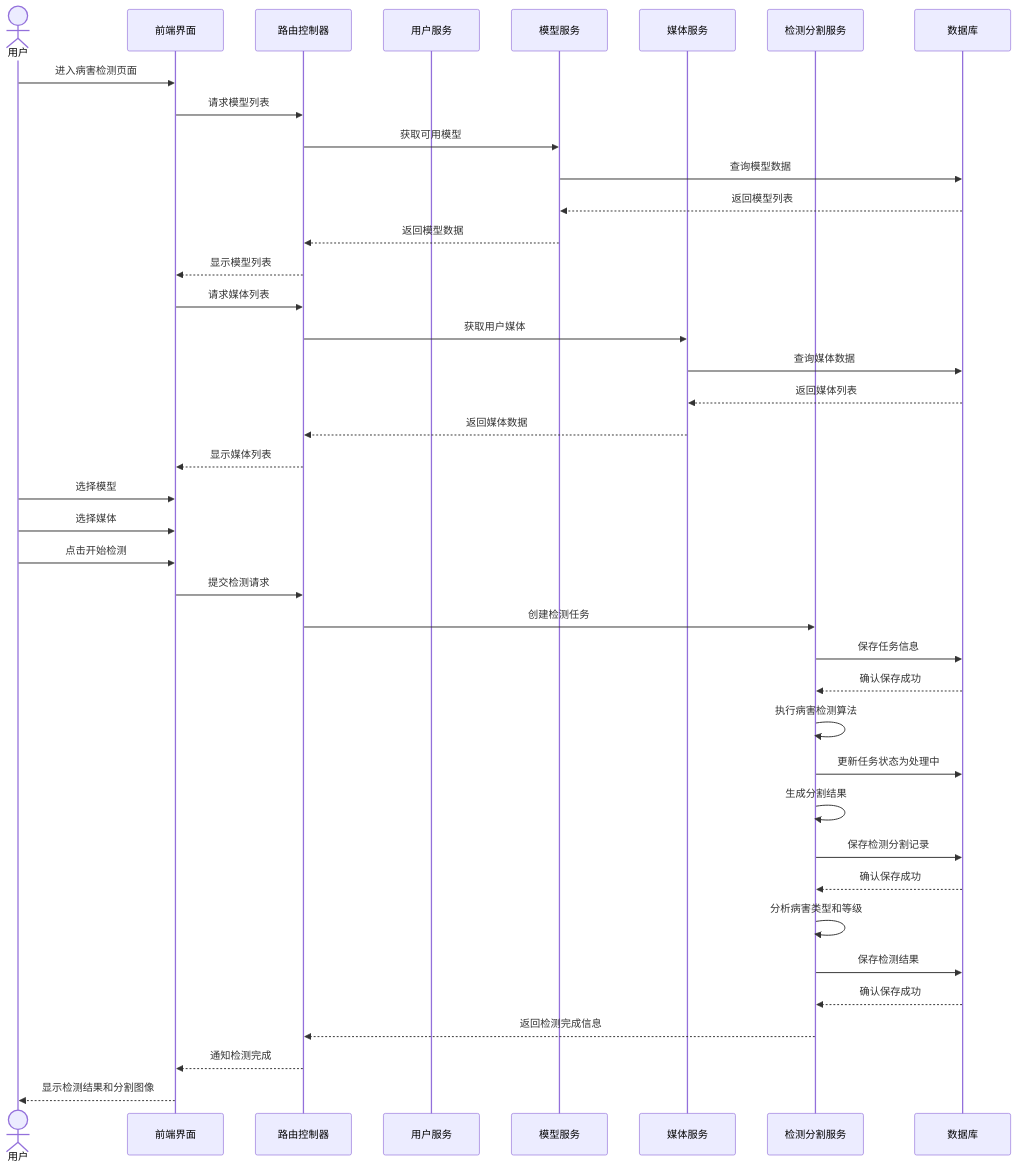
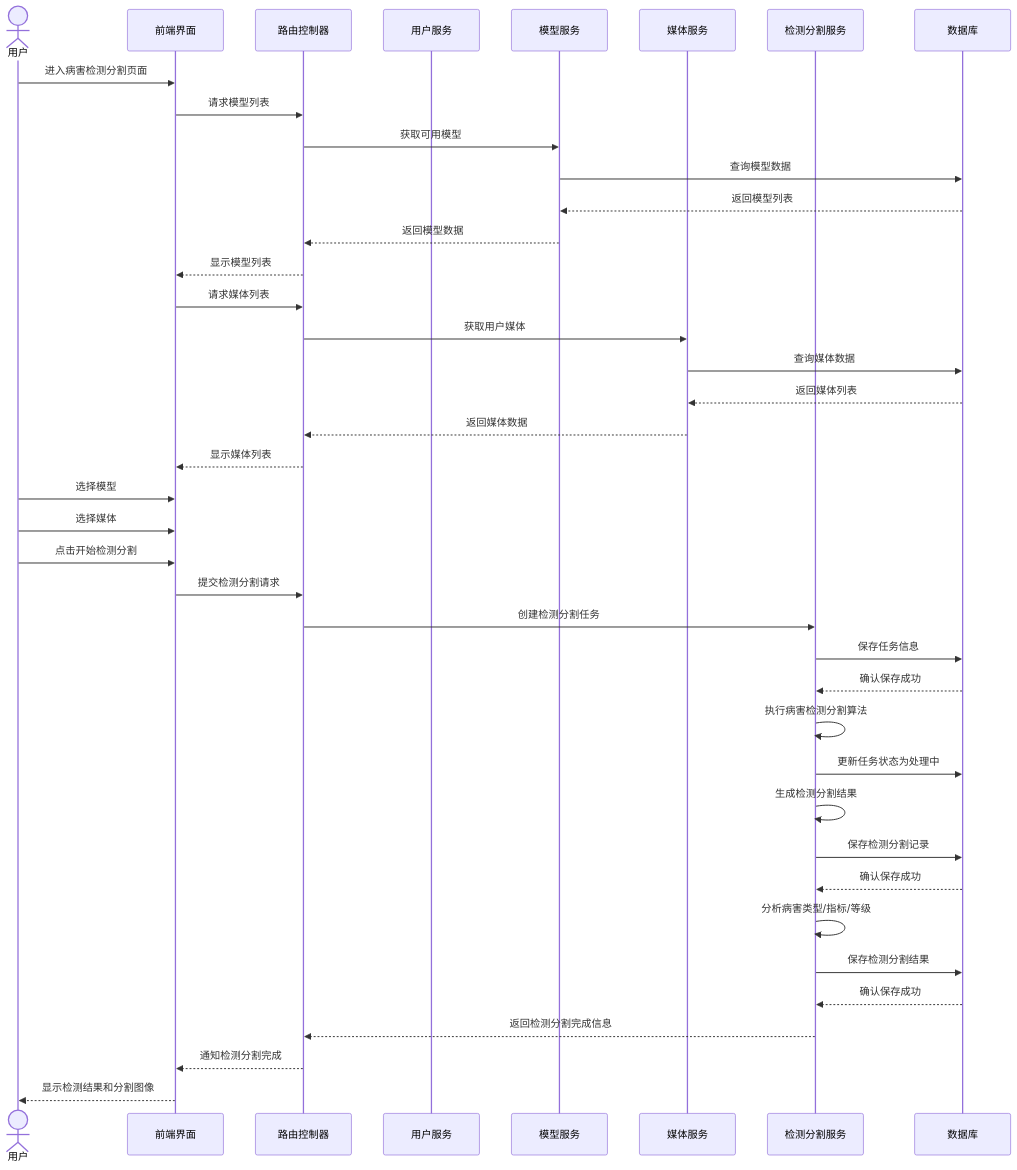
The first of 4 diagrams in docs/3.3.3_顺序图.md (YHJYgain/bridge-disease-frontend), drawn with Mermaid before and after one commit. The commit also changed other lines of this file and 3 other files, not shown here.

````diff
--- a/docs/3.3.3_顺序图.md
+++ b/docs/3.3.3_顺序图.md
@@ -5,46 +5,46 @@
 ```mermaid
 sequenceDiagram
     actor 用户
     participant 前端界面
     participant 路由控制器
     participant 用户服务
     participant 模型服务
     participant 媒体服务
     participant 检测分割服务
     participant 数据库
     
-    用户->>前端界面: 进入病害检测页面
+    用户->>前端界面: 进入病害检测分割页面
     前端界面->>路由控制器: 请求模型列表
     路由控制器->>模型服务: 获取可用模型
     模型服务->>数据库: 查询模型数据
     数据库-->>模型服务: 返回模型列表
     模型服务-->>路由控制器: 返回模型数据
     路由控制器-->>前端界面: 显示模型列表
     
     前端界面->>路由控制器: 请求媒体列表
     路由控制器->>媒体服务: 获取用户媒体
     媒体服务->>数据库: 查询媒体数据
     数据库-->>媒体服务: 返回媒体列表
     媒体服务-->>路由控制器: 返回媒体数据
     路由控制器-->>前端界面: 显示媒体列表
     
     用户->>前端界面: 选择模型
     用户->>前端界面: 选择媒体
-    用户->>前端界面: 点击开始检测
-    前端界面->>路由控制器: 提交检测请求
-    路由控制器->>检测分割服务: 创建检测任务
+    用户->>前端界面: 点击开始检测分割
+    前端界面->>路由控制器: 提交检测分割请求
+    路由控制器->>检测分割服务: 创建检测分割任务
     检测分割服务->>数据库: 保存任务信息
     数据库-->>检测分割服务: 确认保存成功
     
-    检测分割服务->>检测分割服务: 执行病害检测算法
+    检测分割服务->>检测分割服务: 执行病害检测分割算法
     检测分割服务->>数据库: 更新任务状态为处理中
-    检测分割服务->>检测分割服务: 生成分割结果
+    检测分割服务->>检测分割服务: 生成检测分割结果
     检测分割服务->>数据库: 保存检测分割记录
     数据库-->>检测分割服务: 确认保存成功
-    检测分割服务->>检测分割服务: 分析病害类型和等级
-    检测分割服务->>数据库: 保存检测结果
+    检测分割服务->>检测分割服务: 分析病害类型/指标/等级
+    检测分割服务->>数据库: 保存检测分割结果
     数据库-->>检测分割服务: 确认保存成功
-    检测分割服务-->>路由控制器: 返回检测完成信息
-    路由控制器-->>前端界面: 通知检测完成
+    检测分割服务-->>路由控制器: 返回检测分割完成信息
+    路由控制器-->>前端界面: 通知检测分割完成
     前端界面-->>用户: 显示检测结果和分割图像
 ```
````
